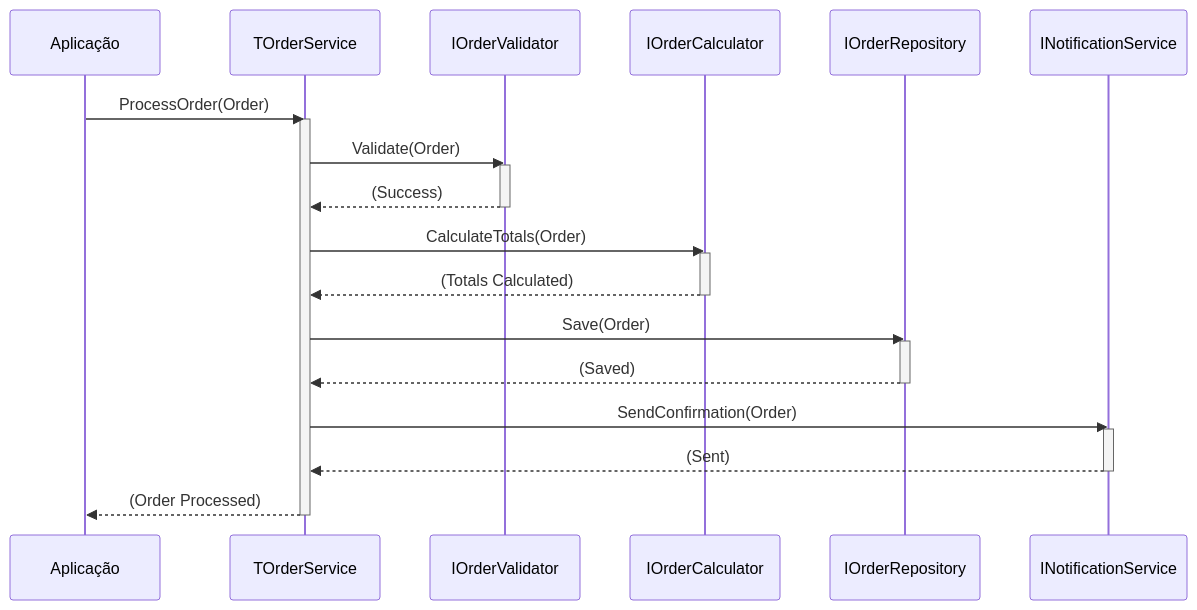
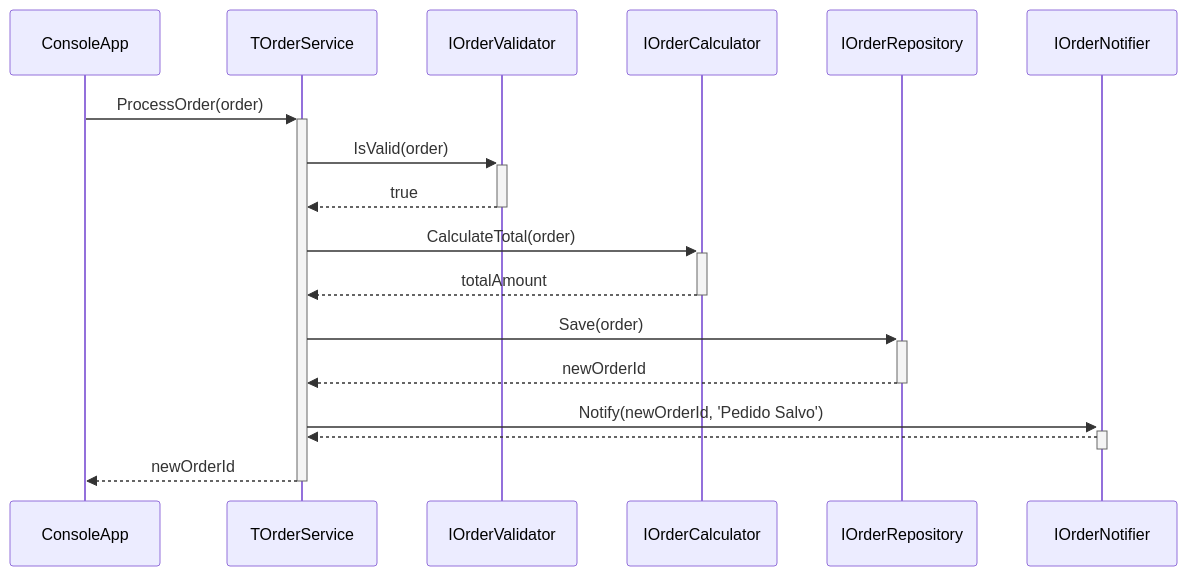
The third of 5 diagrams in README.MD (Juliolimahen/clean-code-and-solid-delphi), drawn with Mermaid before and after one commit. The commit also changed other lines of this file, not shown here.

````diff
--- a/README.MD
+++ b/README.MD
@@ -153,34 +208,20 @@
 ```mermaid
 sequenceDiagram
-    participant App as Aplicação
+    participant ConsoleApp
     participant Service as TOrderService
     participant Validator as IOrderValidator
     participant Calculator as IOrderCalculator
     participant Repo as IOrderRepository
-    participant Notifier as INotificationService
+    participant Notifier as IOrderNotifier
 
-    App->>Service: ProcessOrder(Order)
-    activate Service
-    Service->>Validator: Validate(Order)
-    activate Validator
-    Validator-->>Service: (Success)
-    deactivate Validator
-
-    Service->>Calculator: CalculateTotals(Order)
-    activate Calculator
-    Calculator-->>Service: (Totals Calculated)
-    deactivate Calculator
-
-    Service->>Repo: Save(Order)
-    activate Repo
-    Repo-->>Service: (Saved)
-    deactivate Repo
-
-    Service->>Notifier: SendConfirmation(Order)
-    activate Notifier
-    Notifier-->>Service: (Sent)
-    deactivate Notifier
-
-    Service-->>App: (Order Processed)
-    deactivate Service
+    ConsoleApp ->>+ Service: ProcessOrder(order)
+    Service ->>+ Validator: IsValid(order)
+    Validator-->>- Service: true
+    Service ->>+ Calculator: CalculateTotal(order)
+    Calculator-->>- Service: totalAmount
+    Service ->>+ Repo: Save(order)
+    Repo-->>- Service: newOrderId
+    Service ->>+ Notifier: Notify(newOrderId, 'Pedido Salvo')
+    Notifier-->>- Service:
+    Service-->>- ConsoleApp: newOrderId
 ```
````
